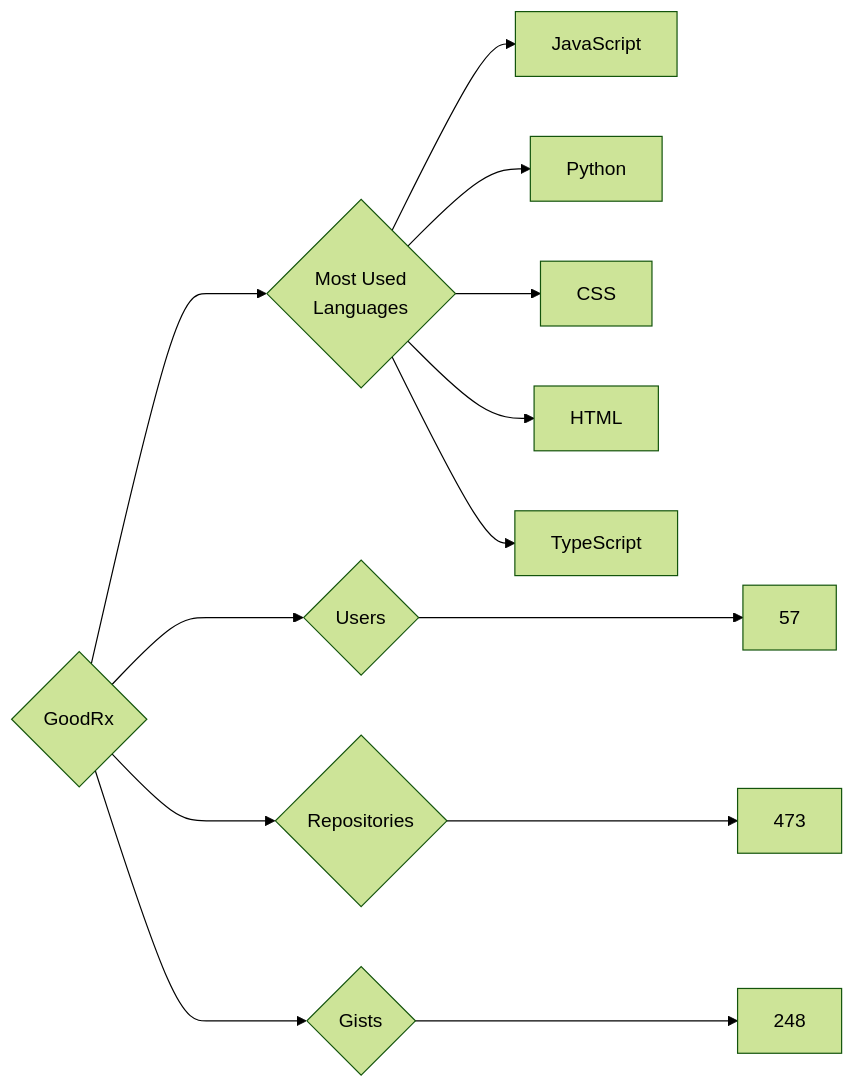
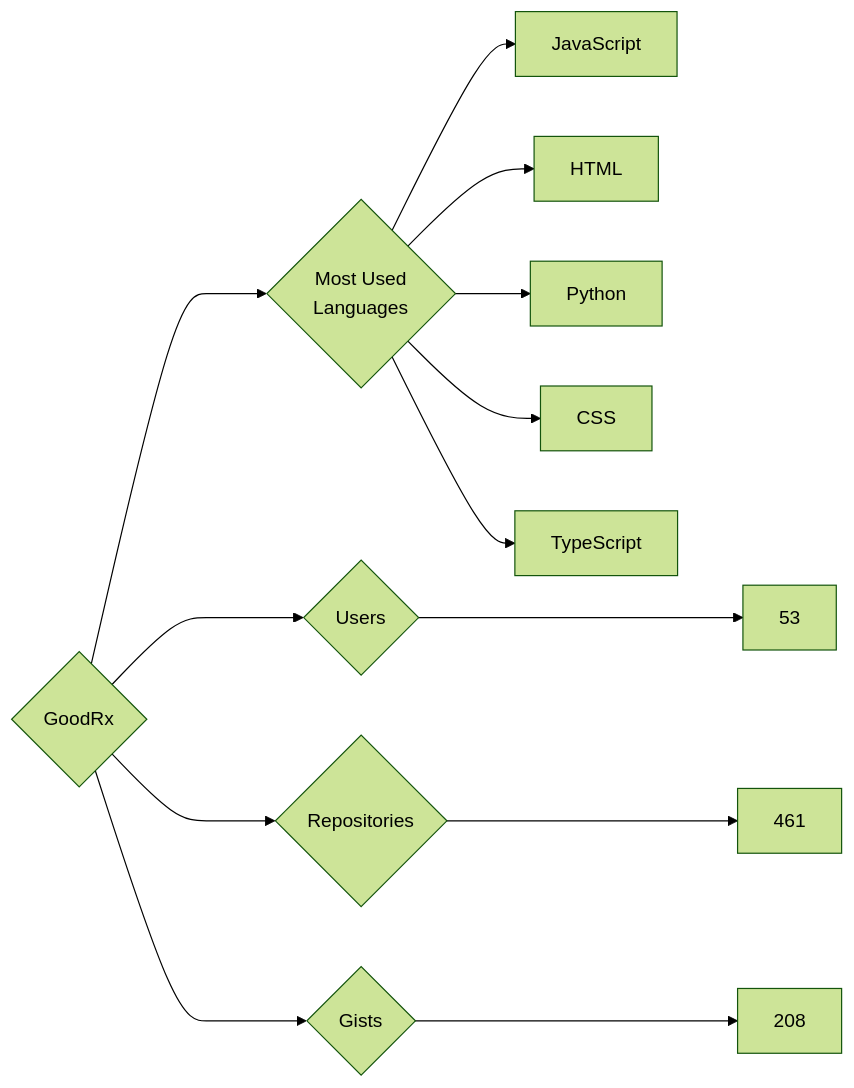
The diagram in targets/GoodRx/README.md (trickest/insiders), drawn with Mermaid (forest theme) before and after one commit. The commit also changed 927 other files, not shown here.

````diff
--- a/targets/GoodRx/README.md
+++ b/targets/GoodRx/README.md
@@ -3,13 +3,13 @@
 ```mermaid
 graph LR
 COMPANY_NAME{GoodRx}
-COMPANY_NAME ---> U{Users} ---> UN[57]
-COMPANY_NAME ---> R{Repositories} ---> RN[473]
-COMPANY_NAME ---> G{Gists} ---> GN[248]
+COMPANY_NAME ---> U{Users} ---> UN[53]
+COMPANY_NAME ---> R{Repositories} ---> RN[461]
+COMPANY_NAME ---> G{Gists} ---> GN[208]
 COMPANY_NAME ---> ML{Most Used<br>Languages}
 ML --> JavaScript[JavaScript]
+ML --> HTML[HTML]
 ML --> Python[Python]
 ML --> CSS[CSS]
-ML --> HTML[HTML]
 ML --> TypeScript[TypeScript]
 ```
````
